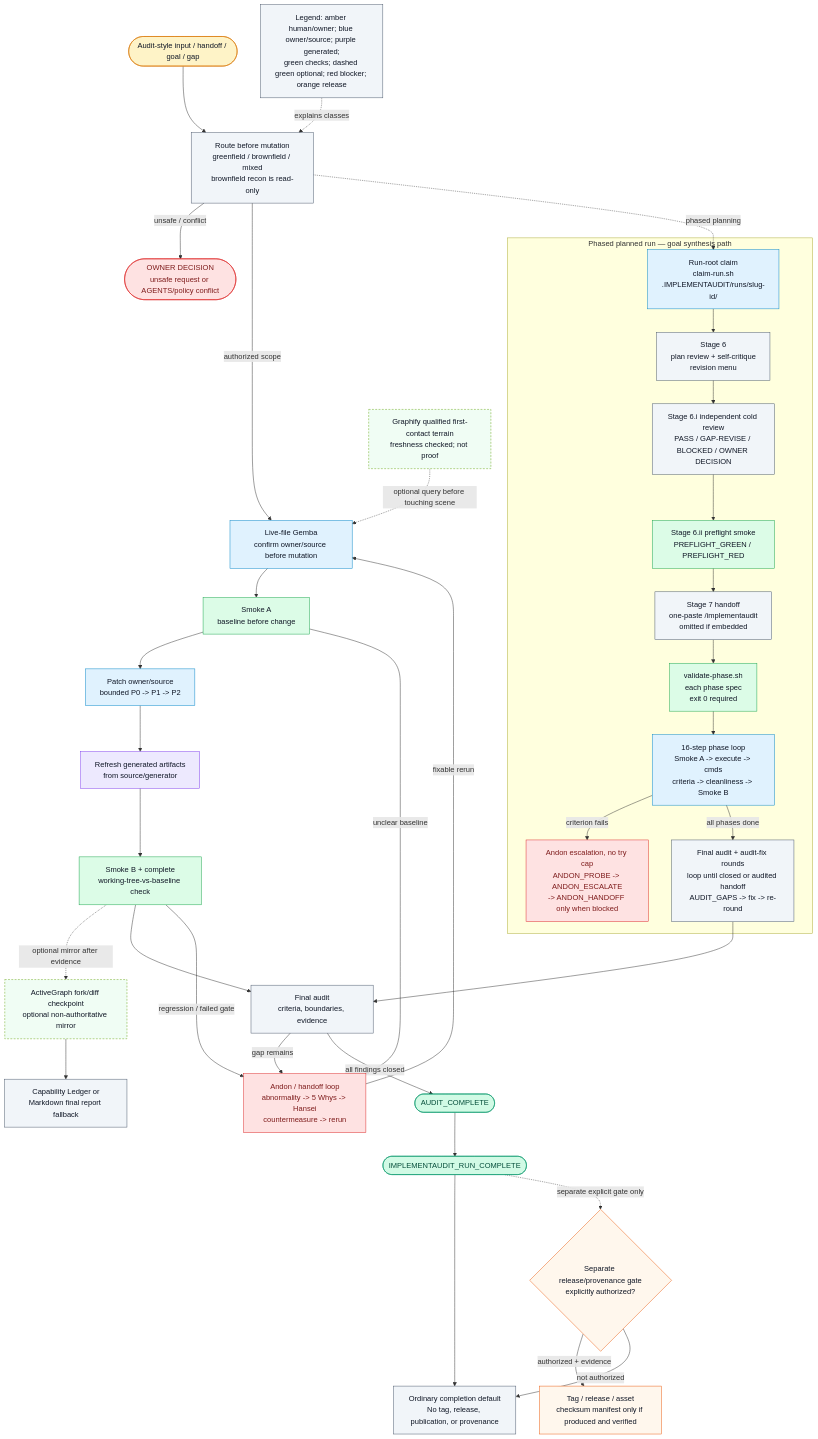
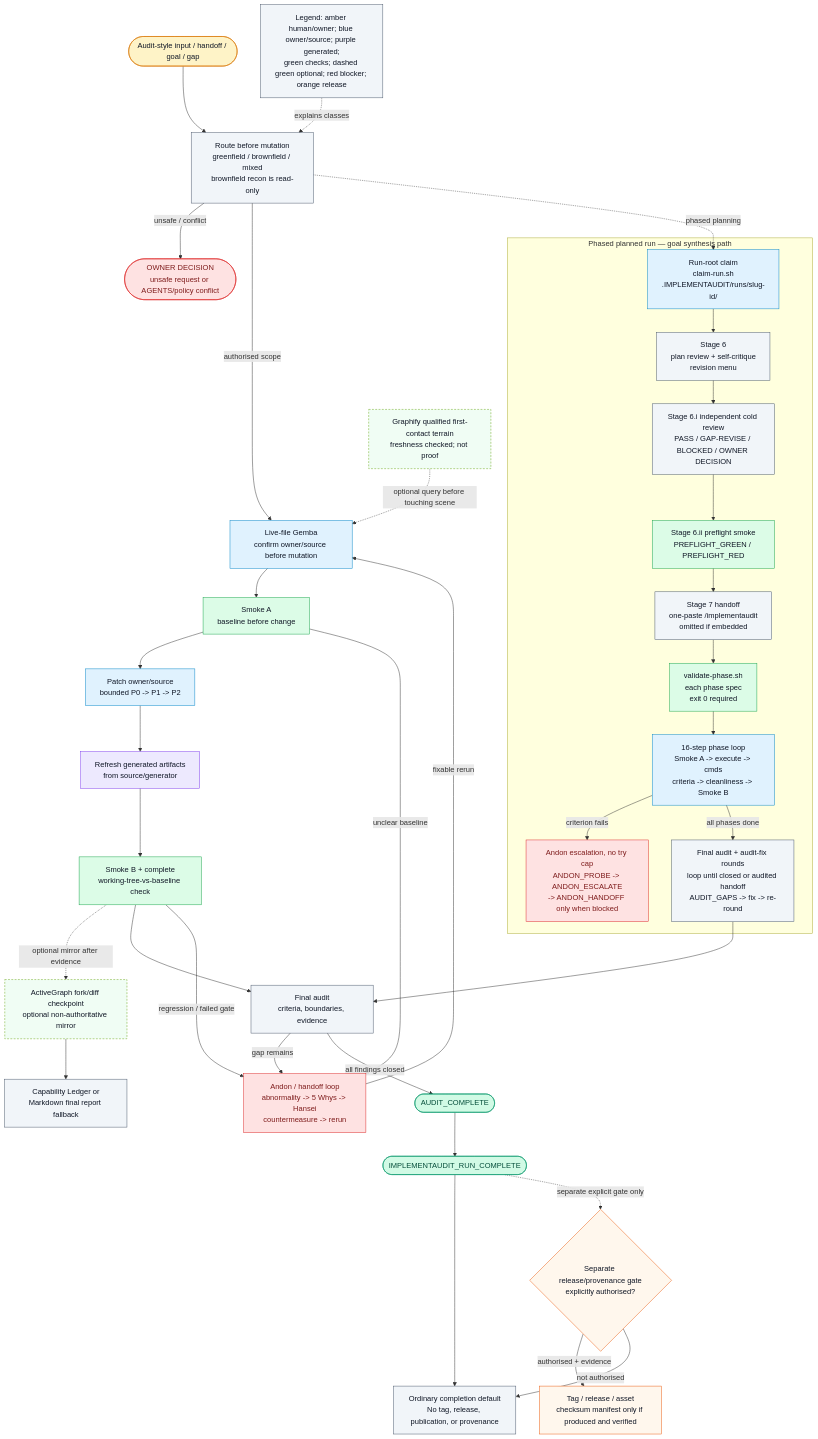
Before and after one commit to theislampill/IMPLEMENTAUDIT.md: the third of 3 diagrams in README.md, drawn with Mermaid. The commit also changed other lines of this file, not shown here.

First line of the commit message:
docs: reconcile README scope and v0.3.3.0 release state

````diff
--- a/README.md
+++ b/README.md
@@ -502,69 +569,69 @@
 ```mermaid
 flowchart TD
   Input(["Audit-style input / handoff / goal / gap"]):::human
   Route["Route before mutation<br/>greenfield / brownfield / mixed<br/>brownfield recon is read-only"]:::audit
   OwnerDecision(["OWNER DECISION<br/>unsafe request or AGENTS/policy conflict"]):::blocker
 
   Graphify["Graphify qualified first-contact terrain<br/>freshness checked; not proof"]:::optional
   Gemba["Live-file Gemba<br/>confirm owner/source before mutation"]:::source
   SmokeA["Smoke A<br/>baseline before change"]:::checker
   Patch["Patch owner/source<br/>bounded P0 -> P1 -> P2"]:::source
   Generated["Refresh generated artifacts<br/>from source/generator"]:::generated
   SmokeB["Smoke B + complete<br/>working-tree-vs-baseline check"]:::checker
 
   ActiveGraph["ActiveGraph fork/diff checkpoint<br/>optional non-authoritative mirror"]:::optional
   Ledger["Capability Ledger or<br/>Markdown final report fallback"]:::audit
 
   Andon["Andon / handoff loop<br/>abnormality -> 5 Whys -> Hansei<br/>countermeasure -> rerun"]:::blocker
   Final["Final audit<br/>criteria, boundaries, evidence"]:::audit
   AuditDone(["AUDIT_COMPLETE"]):::success
   RunDone(["IMPLEMENTAUDIT_RUN_COMPLETE"]):::success
   NoRelease["Ordinary completion default<br/>No tag, release, publication, or provenance"]:::audit
-  ReleaseGate{"Separate release/provenance gate<br/>explicitly authorized?"}:::release
+  ReleaseGate{"Separate release/provenance gate<br/>explicitly authorised?"}:::release
   Release["Tag / release / asset<br/>checksum manifest only if produced and verified"]:::release
   Legend["Legend: amber human/owner; blue owner/source; purple generated;<br/>green checks; dashed green optional; red blocker; orange release"]:::audit
 
   subgraph PhasedRun["Phased planned run — goal synthesis path"]
     RunRoot["Run-root claim<br/>claim-run.sh<br/>.IMPLEMENTAUDIT/runs/slug-id/"]:::source
     Stage6["Stage 6<br/>plan review + self-critique<br/>revision menu"]:::audit
     Stage6i["Stage 6.i independent cold review<br/>PASS / GAP-REVISE / BLOCKED / OWNER DECISION"]:::audit
     Stage6ii["Stage 6.ii preflight smoke<br/>PREFLIGHT_GREEN / PREFLIGHT_RED"]:::checker
     Stage7["Stage 7 handoff<br/>one-paste /implementaudit<br/>omitted if embedded"]:::audit
     PhaseSpec["validate-phase.sh<br/>each phase spec<br/>exit 0 required"]:::checker
     PhaseLoop["16-step phase loop<br/>Smoke A -> execute -> cmds<br/>criteria -> cleanliness -> Smoke B"]:::source
     Recovery["Andon escalation, no try cap<br/>ANDON_PROBE -> ANDON_ESCALATE<br/>-> ANDON_HANDOFF only when blocked"]:::blocker
     AuditFix["Final audit + audit-fix rounds<br/>loop until closed or audited handoff<br/>AUDIT_GAPS -> fix -> re-round"]:::audit
     RunRoot --> Stage6 --> Stage6i --> Stage6ii --> Stage7 --> PhaseSpec --> PhaseLoop
     PhaseLoop -->|criterion fails| Recovery
     PhaseLoop -->|all phases done| AuditFix
   end
 
   Input --> Route
   Route -->|unsafe / conflict| OwnerDecision
-  Route -->|authorized scope| Gemba
+  Route -->|authorised scope| Gemba
   Route -. phased planning .-> RunRoot
   AuditFix --> Final
   Graphify -. optional query before touching scene .-> Gemba
   Gemba --> SmokeA --> Patch --> Generated --> SmokeB
   SmokeB -. optional mirror after evidence .-> ActiveGraph --> Ledger
   SmokeB --> Final
   SmokeA -->|unclear baseline| Andon
   SmokeB -->|regression / failed gate| Andon
   Final -->|gap remains| Andon
   Andon -->|fixable rerun| Gemba
   Final -->|all findings closed| AuditDone --> RunDone --> NoRelease
   RunDone -. separate explicit gate only .-> ReleaseGate
-  ReleaseGate -->|authorized + evidence| Release
-  ReleaseGate -->|not authorized| NoRelease
+  ReleaseGate -->|authorised + evidence| Release
+  ReleaseGate -->|not authorised| NoRelease
   Legend -. explains classes .-> Route
 
   classDef human fill:#fef3c7,stroke:#d97706,color:#111827
   classDef source fill:#e0f2fe,stroke:#0284c7,color:#111827
   classDef generated fill:#ede9fe,stroke:#7c3aed,color:#111827
   classDef checker fill:#dcfce7,stroke:#16a34a,color:#111827
   classDef audit fill:#f1f5f9,stroke:#475569,color:#111827
   classDef optional fill:#f0fdf4,stroke:#65a30d,color:#111827,stroke-dasharray: 4 3
   classDef release fill:#fff7ed,stroke:#ea580c,color:#111827
   classDef success fill:#d1fae5,stroke:#059669,color:#064e3b
   classDef blocker fill:#fee2e2,stroke:#dc2626,color:#7f1d1d
 ```
````
